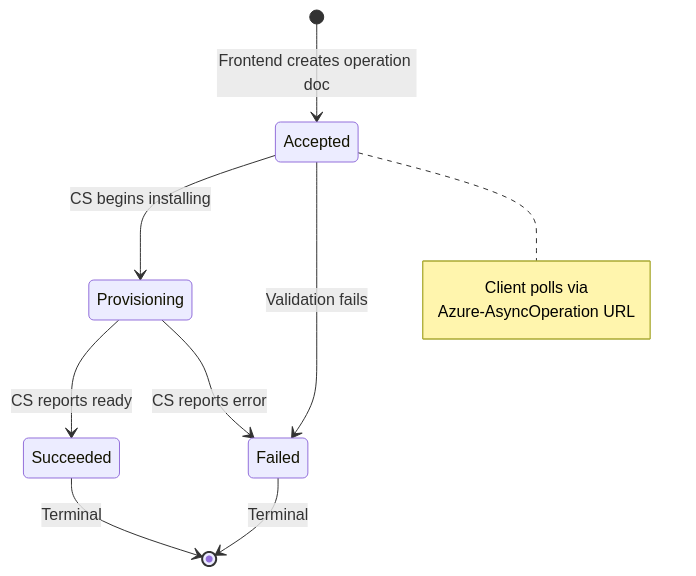
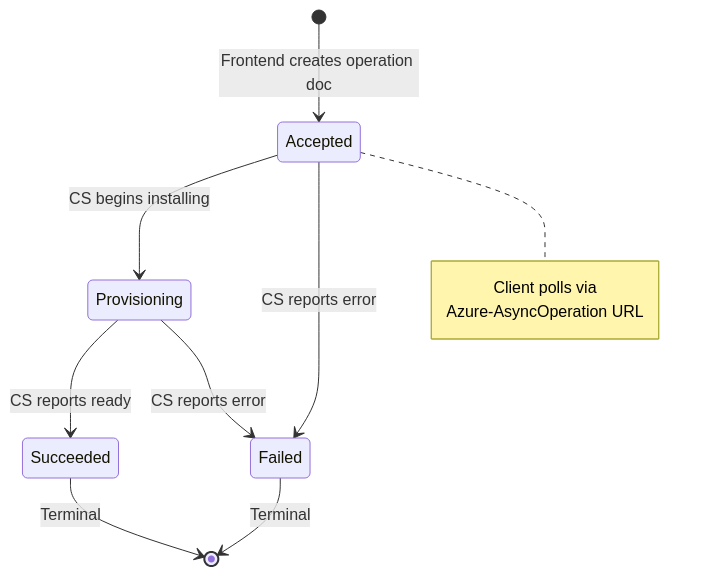
Before and after one commit to Azure/ARO-HCP: the ninth of 9 diagrams in docs/resource-creation.md, drawn with Mermaid. The commit also changed other lines of this file and 2 other files, not shown here.

First line of the commit message:
Address Copilot review comments on resource creation diagrams

````diff
--- a/docs/resource-creation.md
+++ b/docs/resource-creation.md
@@ -234,17 +234,17 @@
 ```mermaid
 stateDiagram-v2
     [*] --> Accepted : Frontend creates operation doc
     Accepted --> Provisioning : CS begins installing
-    Accepted --> Failed : Validation fails
+    Accepted --> Failed : CS reports error
 
     Provisioning --> Succeeded : CS reports ready
     Provisioning --> Failed : CS reports error
 
     Succeeded --> [*] : Terminal
     Failed --> [*] : Terminal
 
     note right of Accepted
         Client polls via
         Azure-AsyncOperation URL
     end note
 ```
````
